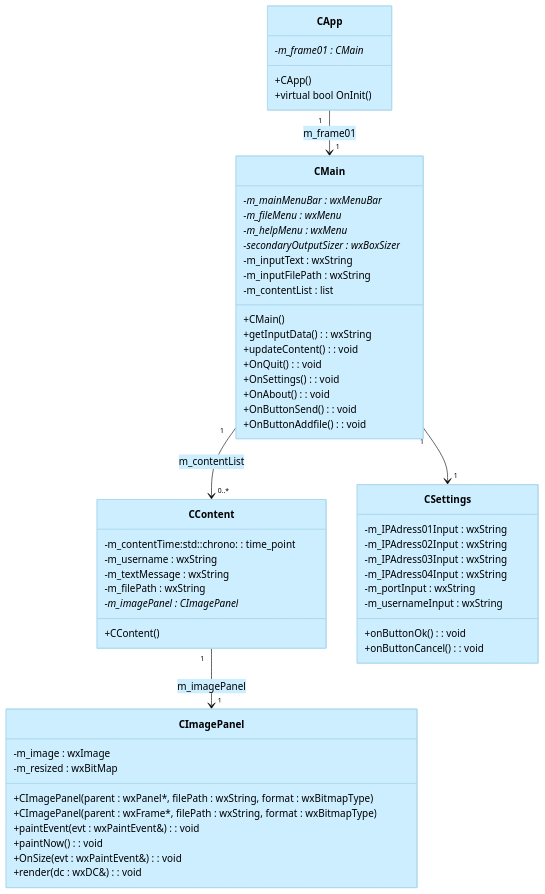
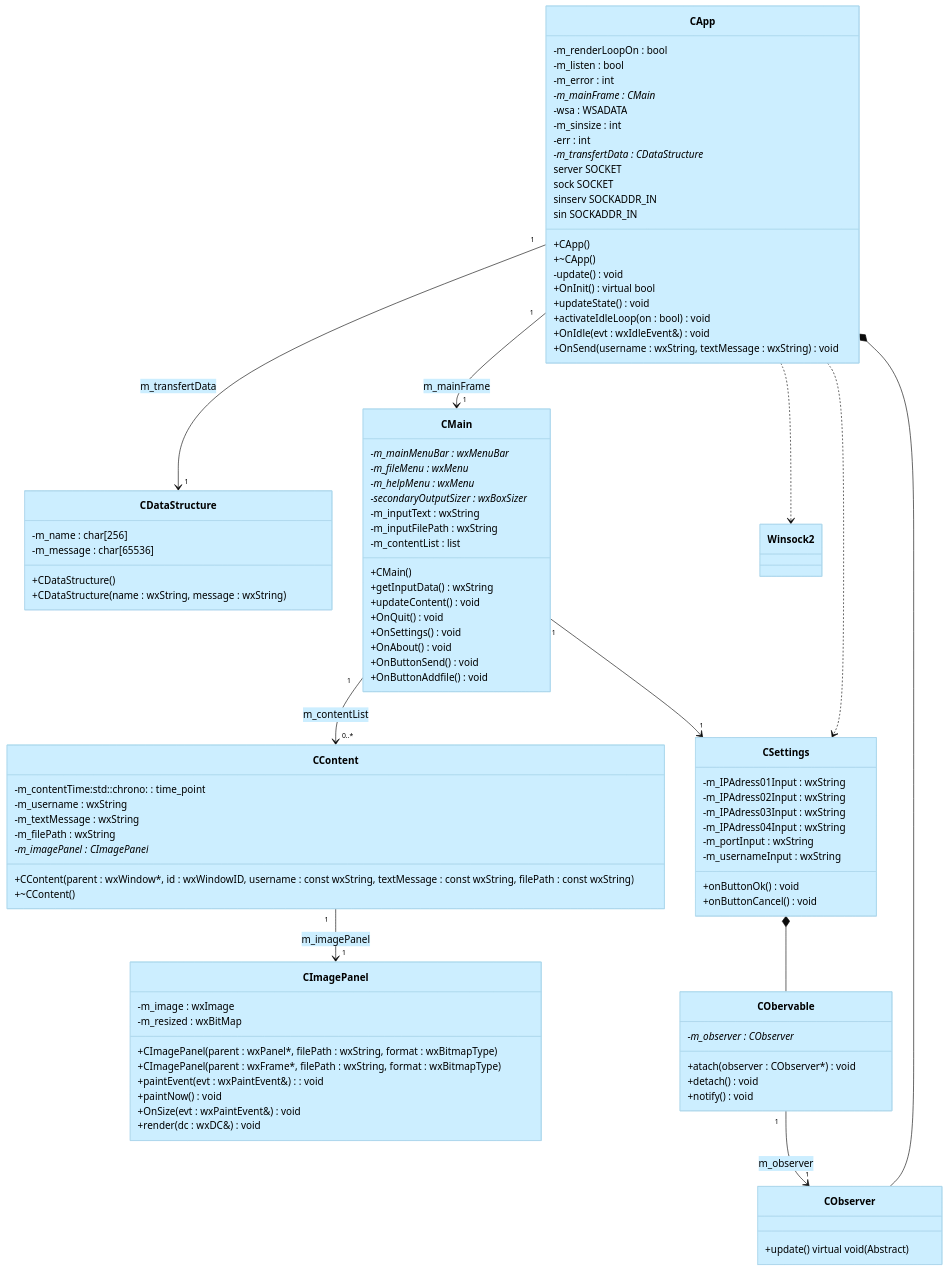
One commit to Paracetamol56/Cpp-Network-App changed the diagram in Doc/mermaid.md. Above: the diagram before and after it, drawn with Mermaid. The commit also changed 8 other files, not shown here.

````diff
--- a/Doc/mermaid.md
+++ b/Doc/mermaid.md
@@ -2,63 +2,112 @@
     %%{init: {'theme':'base', 'themeVariables': { 'primaryColor': '#cceeff', 'classText': '#000' }
     }}%%
     classDiagram
-        class CApp {
-        -m_frame01 : CMain*
-        +CApp()
-        +virtual bool OnInit()
-        }
+		class CApp {
+			-m_renderLoopOn : bool
+			-m_listen : bool
+			-m_error : int
+			-m_mainFrame : CMain*
+			-wsa : WSADATA
+			-m_sinsize : int
+			-err : int
+			-m_transfertData : CDataStructure*
+			server SOCKET
+			sock SOCKET
+			sinserv SOCKADDR_IN
+			sin SOCKADDR_IN
 
-        class CMain {
-        -m_mainMenuBar : wxMenuBar*
-        -m_fileMenu : wxMenu*
-        -m_helpMenu : wxMenu*
-        -secondaryOutputSizer : wxBoxSizer*
-        -m_inputText : wxString
-        -m_inputFilePath : wxString
-        -m_contentList : list<CContent*>
-        +CMain()
-        +getInputData() : wxString
-        +updateContent() : void
-        +OnQuit() : void
-        +OnSettings() : void
-        +OnAbout() : void
-        +OnButtonSend() : void
-        +OnButtonAddfile() : void
-        }
+			+CApp()
+			+~CApp()
+			-update() void
+			+OnInit() virtual bool
+			+updateState() void
+			+activateIdleLoop(on : bool) void
+			+OnIdle(evt : wxIdleEvent&) void
+			+OnSend(username : wxString, textMessage : wxString) void
+		}
 
-        class CContent {
-        -m_contentTime:std::chrono: : time_point<std::chrono::system_clock>
-        -m_username : wxString
-        -m_textMessage : wxString
-        -m_filePath : wxString
-        -m_imagePanel : CImagePanel*
-        +CContent()
-        }
+		class CDataStructure {
+			-m_name : char[256]
+			-m_message : char[65536]
 
-        class CImagePanel {
-        -m_image : wxImage
-        -m_resized : wxBitMap
-        +CImagePanel(parent : wxPanel*, filePath : wxString, format : wxBitmapType)
-        +CImagePanel(parent : wxFrame*, filePath : wxString, format : wxBitmapType)
-        +paintEvent(evt : wxPaintEvent&) : void
-        +paintNow() : void
-        +OnSize(evt : wxPaintEvent&) : void
-        +render(dc : wxDC&) : void
-        }
+			+CDataStructure()
+			+CDataStructure(name : wxString, message : wxString)
+		}
 
-        class CSettings {
-        -m_IPAdress01Input : wxString
-        -m_IPAdress02Input : wxString
-        -m_IPAdress03Input : wxString
-        -m_IPAdress04Input : wxString
-        -m_portInput : wxString
-        -m_usernameInput : wxString
-        +onButtonOk() : void
-        +onButtonCancel() : void
-        }
+		class CMain {
+			-m_mainMenuBar : wxMenuBar*
+			-m_fileMenu : wxMenu*
+			-m_helpMenu : wxMenu*
+			-secondaryOutputSizer : wxBoxSizer*
+			-m_inputText : wxString
+			-m_inputFilePath : wxString
+			-m_contentList : list<CContent*>
 
-        CApp "1" --> "1" CMain : m_frame01
-        CMain "1" --> "1" CSettings
-        CMain "1" --> "0..*" CContent : m_contentList
-        CContent "1" --> "1" CImagePanel : m_imagePanel
+			+CMain()
+			+getInputData() wxString
+			+updateContent() void
+			+OnQuit() void
+			+OnSettings() void
+			+OnAbout() void
+			+OnButtonSend() void
+			+OnButtonAddfile() void
+		}
+
+		class CContent {
+			-m_contentTime:std::chrono: : time_point<std::chrono::system_clock>
+			-m_username : wxString
+			-m_textMessage : wxString
+			-m_filePath : wxString
+			-m_imagePanel : CImagePanel*
+
+			+CContent(parent : wxWindow*, id : wxWindowID, username : const wxString, textMessage : const wxString, filePath : const wxString)
+			+~CContent()
+		}
+
+		class CImagePanel {
+			-m_image : wxImage
+			-m_resized : wxBitMap
+
+			+CImagePanel(parent : wxPanel*, filePath : wxString, format : wxBitmapType)
+			+CImagePanel(parent : wxFrame*, filePath : wxString, format : wxBitmapType)
+			+paintEvent(evt : wxPaintEvent&) : void
+			+paintNow() void
+			+OnSize(evt : wxPaintEvent&) void
+			+render(dc : wxDC&) void
+		}
+
+		class CSettings {
+			-m_IPAdress01Input : wxString
+			-m_IPAdress02Input : wxString
+			-m_IPAdress03Input : wxString
+			-m_IPAdress04Input : wxString
+			-m_portInput : wxString
+			-m_usernameInput : wxString
+
+			+onButtonOk() void
+			+onButtonCancel() void
+		}
+
+		class CObervable {
+			-m_observer : CObserver*
+
+			+atach(observer : CObserver*) void
+			+detach() void
+			+notify() void
+		}
+
+		class CObserver {
+			+update() virtual void (Abstract)
+		}
+
+		CApp "1" --> "1" CMain : m_mainFrame
+		CApp "1" --> "1" CDataStructure : m_transfertData
+		CApp *-- CObserver
+		CApp ..> CSettings
+		CApp ..> Winsock2
+		CMain "1" --> "1" CSettings
+		CSettings *-- CObervable
+		CObervable "1" --> "1" CObserver : m_observer
+		CMain "1" --> "0..*" CContent : m_contentList
+		CContent "1" --> "1" CImagePanel : m_imagePanel
 ```
````
